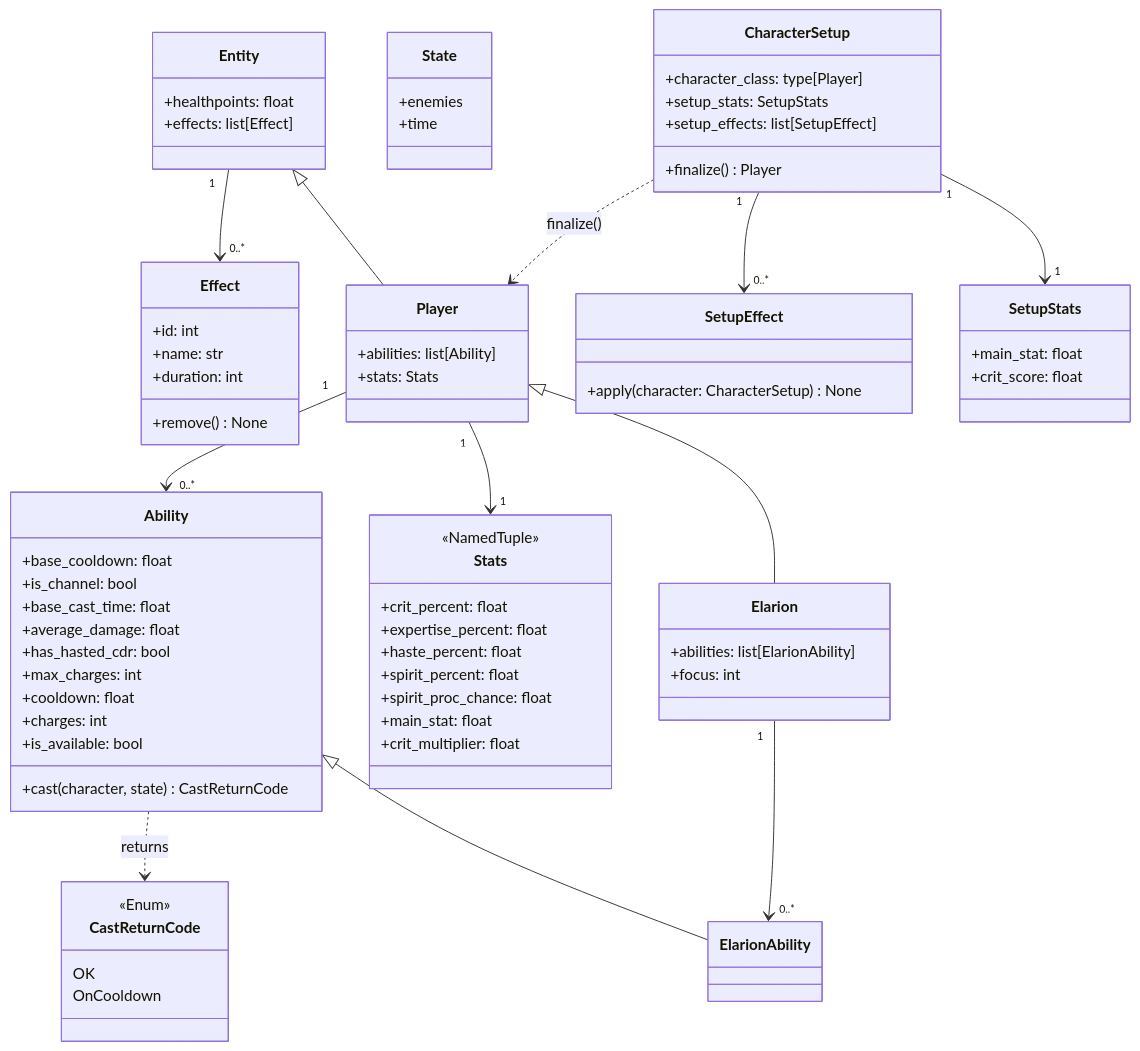
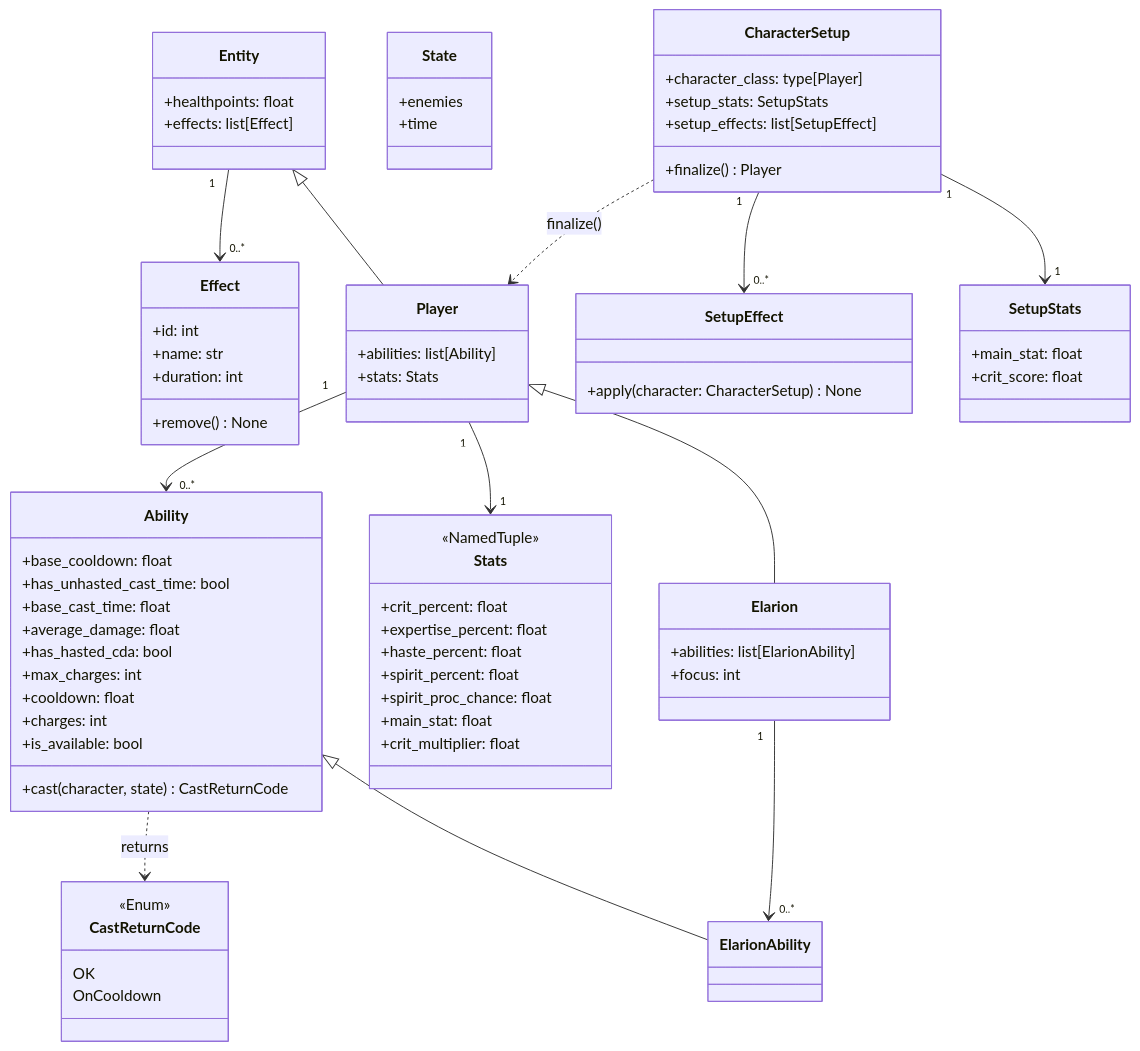
Before and after one commit to maxiQE/fellowship_sim: the diagram in llm/project_architecture.md, drawn with Mermaid. The commit also changed other lines of this file and 77 other files, not shown here.

```diff
--- a/llm/project_architecture.md
+++ b/llm/project_architecture.md
@@ -137,10 +137,10 @@
 
     class Ability {
         +base_cooldown: float
-        +is_channel: bool
+        +has_unhasted_cast_time: bool
         +base_cast_time: float
         +average_damage: float
-        +has_hasted_cdr: bool
+        +has_hasted_cda: bool
         +max_charges: int
         +cooldown: float
         +charges: int
```
